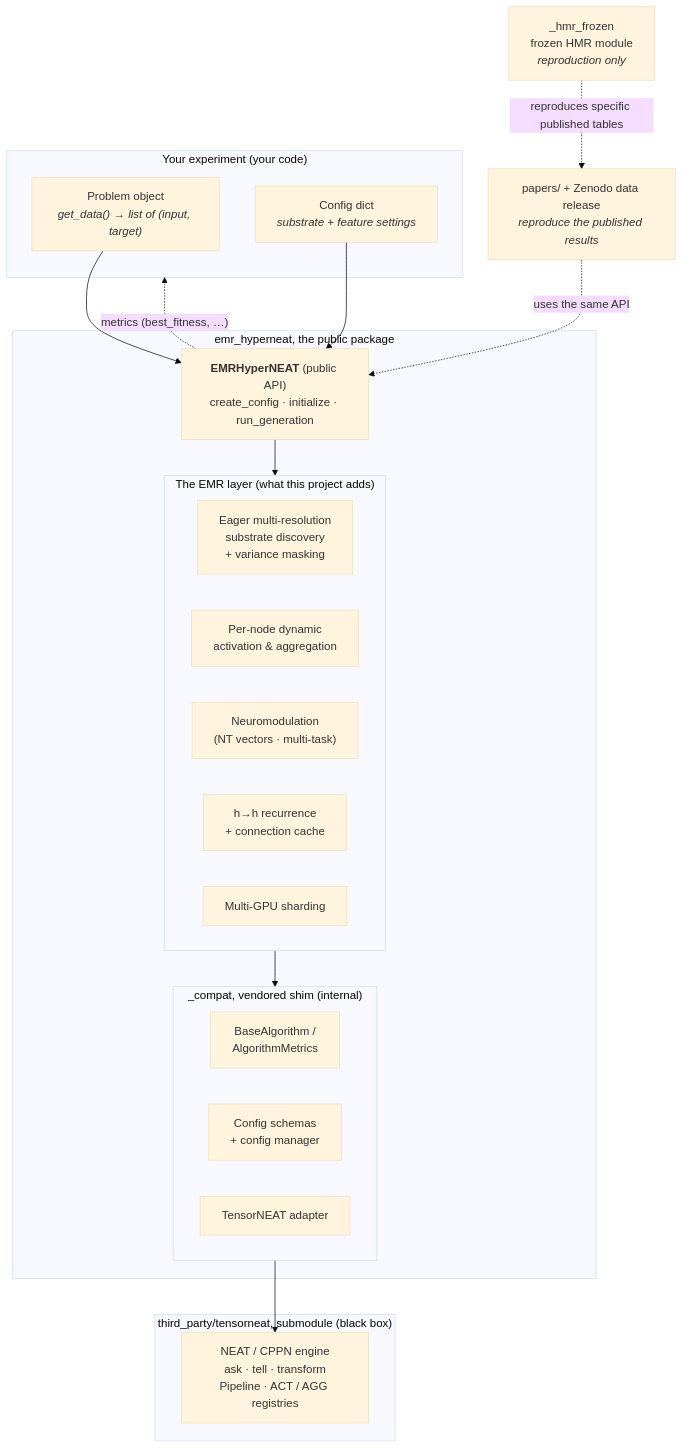
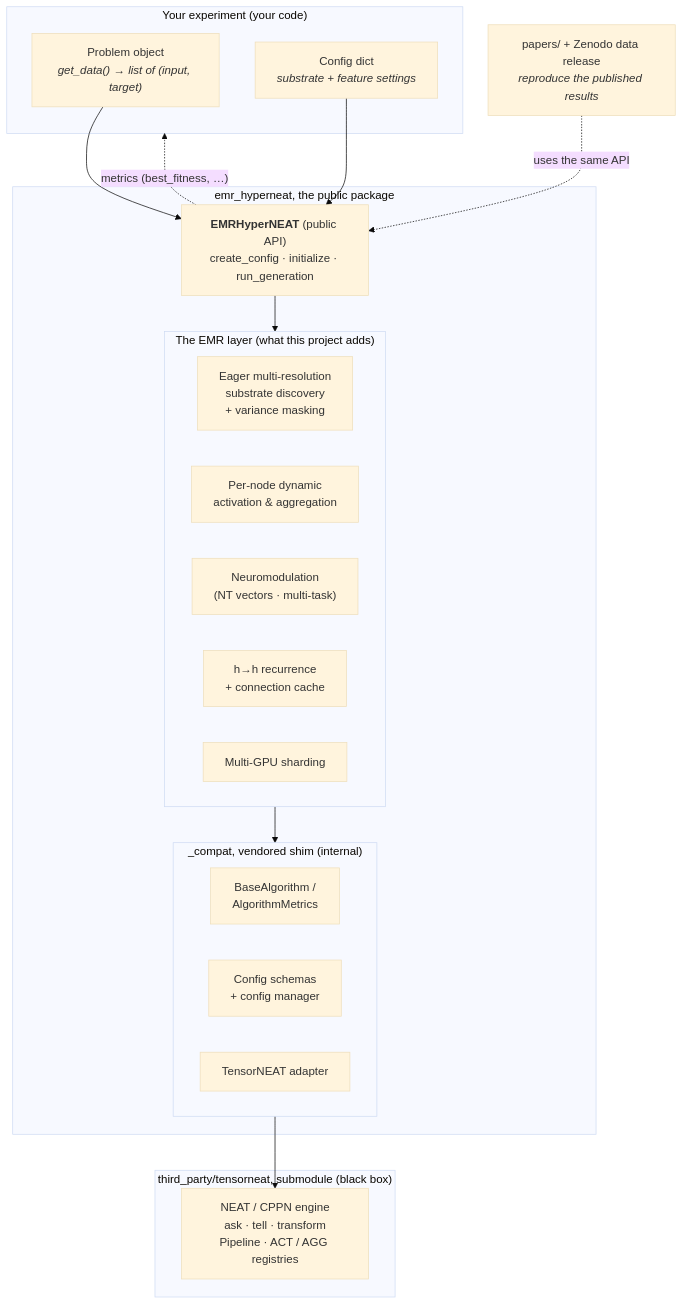
Before and after one commit to RomainClaret/emr-hyperneat: the diagram in docs/architecture.md, drawn with Mermaid (base theme). The commit also changed other lines of this file and 667 other files, not shown here.

````diff
--- a/docs/architecture.md
+++ b/docs/architecture.md
@@ -145,41 +283,39 @@
 ```mermaid
 flowchart TB
     subgraph YOURS["Your experiment (your code)"]
         PROB["Problem object<br/><i>get_data() → list of (input, target)</i>"]
         CFG["Config dict<br/><i>substrate + feature settings</i>"]
     end
 
     subgraph PKG["emr_hyperneat, the public package"]
         API["<b>EMRHyperNEAT</b> (public API)<br/>create_config · initialize · run_generation"]
 
         subgraph LAYER["The EMR layer (what this project adds)"]
             SUB["Eager multi-resolution<br/>substrate discovery<br/>+ variance masking"]
             DYN["Per-node dynamic<br/>activation &amp; aggregation"]
             NMOD["Neuromodulation<br/>(NT vectors · multi-task)"]
             REC["h→h recurrence<br/>+ connection cache"]
             GPU["Multi-GPU sharding"]
         end
 
         subgraph COMPAT["_compat, vendored shim (internal)"]
             BASE["BaseAlgorithm /<br/>AlgorithmMetrics"]
             SCHEMA["Config schemas<br/>+ config manager"]
             ADAPT["TensorNEAT adapter"]
         end
     end
 
     subgraph TNEAT["third_party/tensorneat, submodule (black box)"]
         ENGINE["NEAT / CPPN engine<br/>ask · tell · transform<br/>Pipeline · ACT / AGG registries"]
     end
 
-    FROZEN["_hmr_frozen<br/>frozen HMR module<br/><i>reproduction only</i>"]
     DATA["papers/ + Zenodo data release<br/><i>reproduce the published results</i>"]
 
     PROB --> API
     CFG --> API
     API --> LAYER
     LAYER --> COMPAT
     COMPAT --> ENGINE
     API -. "metrics (best_fitness, …)" .-> YOURS
     DATA -. "uses the same API" .-> API
-    FROZEN -. "reproduces specific published tables" .-> DATA
 ```
````
